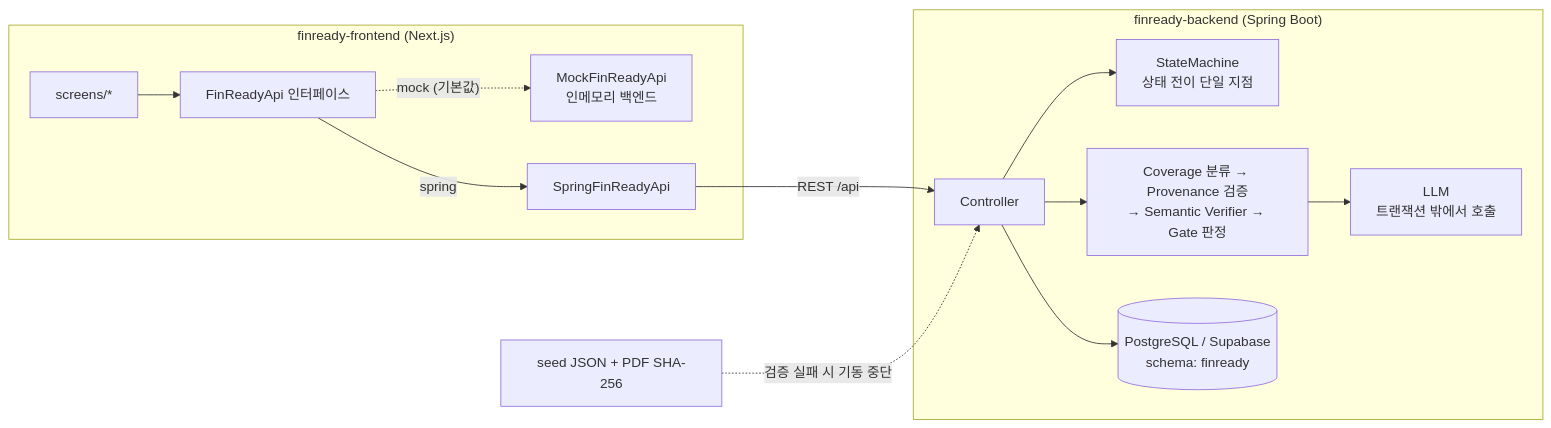
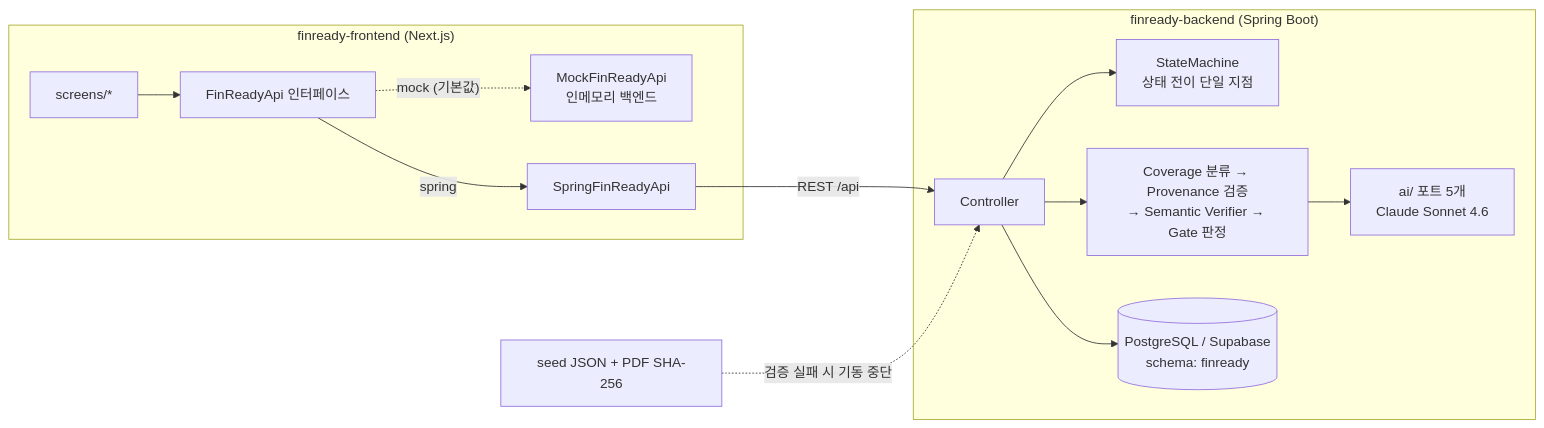
Before and after one commit to JUGGUM/finready: the first of 2 diagrams in README.md, drawn with Mermaid. The commit also changed other lines of this file, not shown here.

````diff
--- a/README.md
+++ b/README.md
@@ -137,19 +156,19 @@
 ```mermaid
 flowchart LR
   subgraph FE["finready-frontend (Next.js)"]
     UI["screens/*"] --> API["FinReadyApi 인터페이스"]
     API -.->|"mock (기본값)"| MOCK["MockFinReadyApi<br/>인메모리 백엔드"]
     API -->|spring| SPRING["SpringFinReadyApi"]
   end
 
   SPRING -->|"REST /api"| CTRL
 
   subgraph BE["finready-backend (Spring Boot)"]
     CTRL["Controller"] --> SM["StateMachine<br/>상태 전이 단일 지점"]
     CTRL --> COV["Coverage 분류 → Provenance 검증<br/>→ Semantic Verifier → Gate 판정"]
-    COV --> LLM["LLM<br/>트랜잭션 밖에서 호출"]
+    COV --> LLM["ai/ 포트 5개<br/>Claude Sonnet 4.6"]
     CTRL --> DB[("PostgreSQL / Supabase<br/>schema: finready")]
   end
 
   SEED["seed JSON + PDF SHA-256"] -.->|"검증 실패 시 기동 중단"| CTRL
 ```
````
